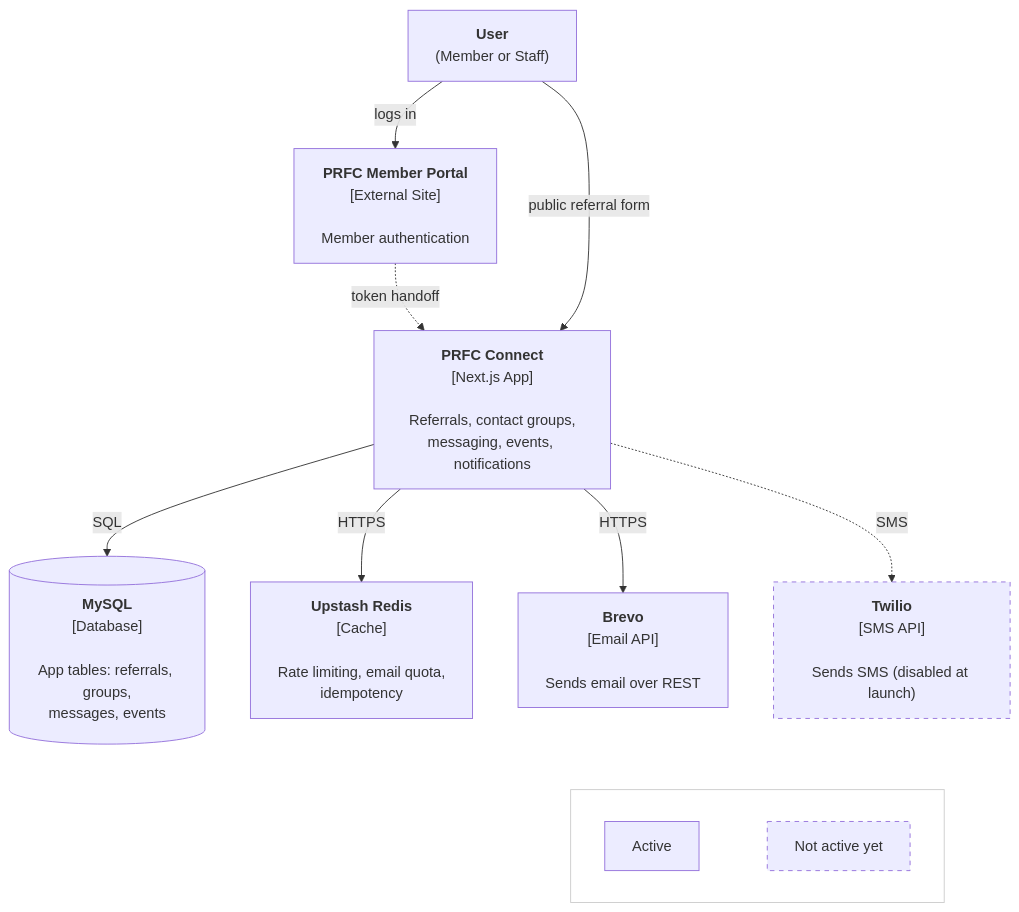
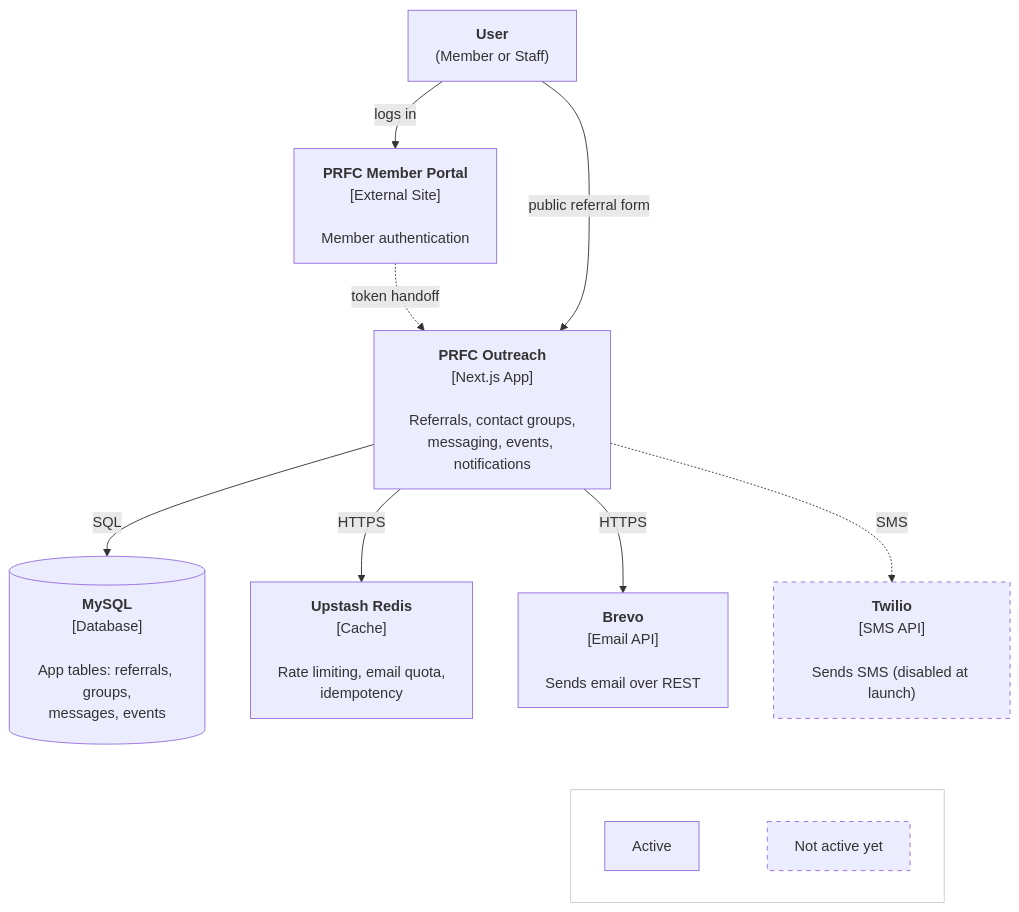
The diagram in docs/figures/architecture.mmd (hack4impact-calpoly/prfc-connect), drawn with Mermaid before and after one commit. The commit also changed 21 other files, not shown here.

Commit message:
refactor: rename prfc-connect to prfc-outreach across the app

```diff
--- a/docs/figures/architecture.mmd
+++ b/docs/figures/architecture.mmd
@@ -1,36 +1,36 @@
 flowchart TB
     User["<b>User</b><br/>(Member or Staff)"]
 
     Portal["<b>PRFC Member Portal</b><br/>[External Site]<br/><br/>Member authentication"]
 
-    App["<b>PRFC Connect</b><br/>[Next.js App]<br/><br/>Referrals, contact groups,<br/>messaging, events, notifications"]
+    App["<b>PRFC Outreach</b><br/>[Next.js App]<br/><br/>Referrals, contact groups,<br/>messaging, events, notifications"]
 
     MySQL[("<b>MySQL</b><br/>[Database]<br/><br/>App tables: referrals, groups,<br/>messages, events")]
 
     Redis["<b>Upstash Redis</b><br/>[Cache]<br/><br/>Rate limiting, email quota,<br/>idempotency"]
 
     Brevo["<b>Brevo</b><br/>[Email API]<br/><br/>Sends email over REST"]
 
     Twilio["<b>Twilio</b><br/>[SMS API]<br/><br/>Sends SMS (disabled at launch)"]
 
     User -->|logs in| Portal
     Portal -.->|token handoff| App
     User -->|public referral form| App
     App -->|SQL| MySQL
     App -->|HTTPS| Redis
     App -->|HTTPS| Brevo
     App -.->|SMS| Twilio
 
     Brevo ~~~ Legend
     Twilio ~~~ Legend
 
     subgraph Legend[" "]
         direction LR
         L1["Active"]
         L2["Not active yet"]
         L1 ~~~ L2
     end
 
     style Twilio stroke-dasharray: 5 5
     style L2 stroke-dasharray: 5 5
     style Legend fill:none,stroke:#ccc
```
